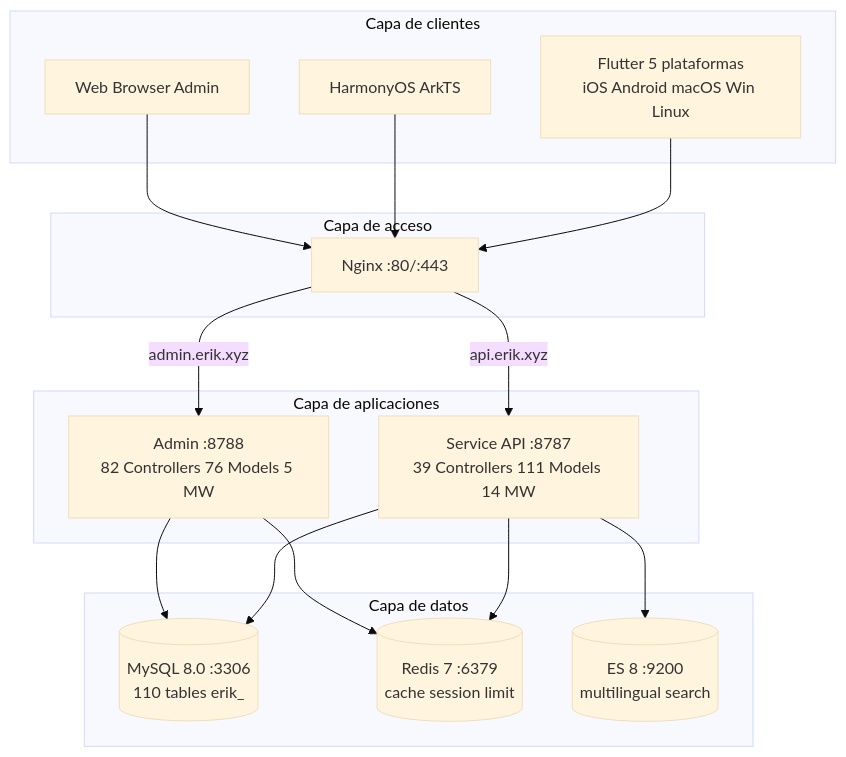
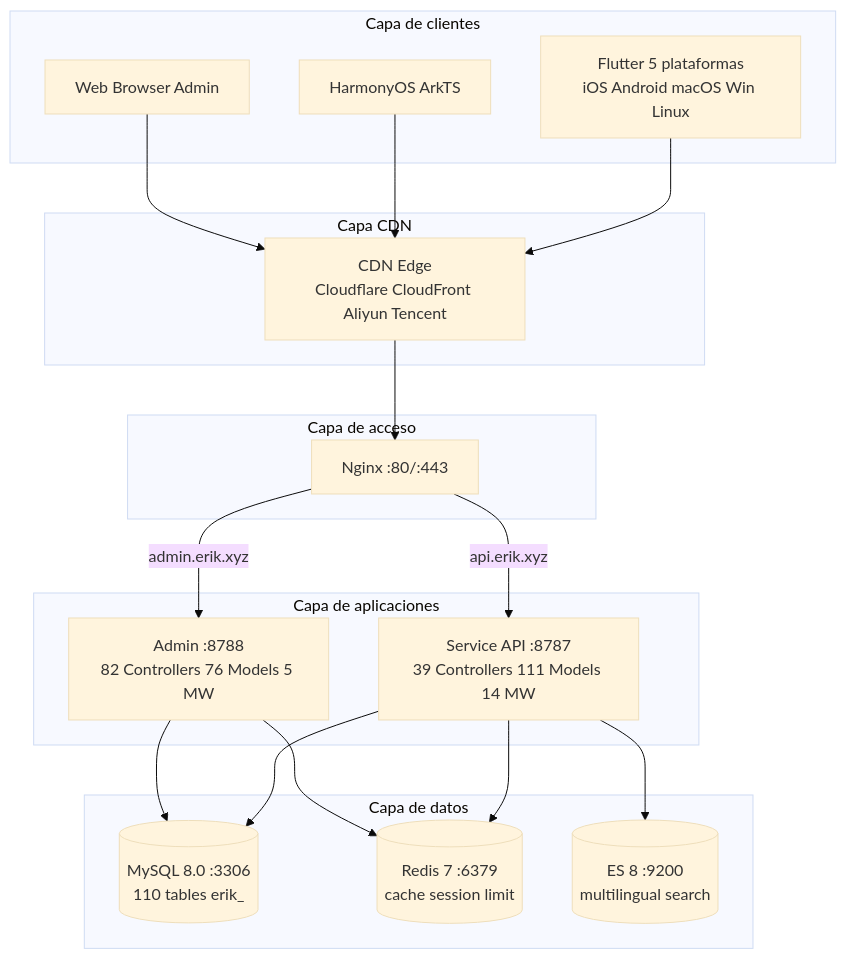
One commit to erikwang2013/erik-shop changed the first of 6 diagrams in docs/i18n/es/architecture-full.md. Above: the diagram before and after it, drawn with Mermaid (base theme). The commit also changed other lines of this file and 191 other files, not shown here.

First line of the commit message:
v1.2.0：CDN 内容分发接入（Origin-Pull 回源 + 四大云厂商适配 + 管理端配置/刷新/日志 + 上传持久化 + 全文档与12语言i18n同步 + Crypto 捐赠图文入库）

````diff
--- a/docs/i18n/es/architecture-full.md
+++ b/docs/i18n/es/architecture-full.md
@@ -38,30 +38,34 @@
 ```mermaid
 graph TD
     subgraph Clients[Capa de clientes]
         F[Flutter 5 plataformas<br/>iOS Android macOS Win Linux]
         H[HarmonyOS ArkTS]
         W[Web Browser Admin]
+    end
+    subgraph Cdn[Capa CDN]
+        C[CDN Edge<br/>Cloudflare CloudFront Aliyun Tencent]
     end
     subgraph Gateway[Capa de acceso]
         N[Nginx :80/:443]
     end
     subgraph Apps[Capa de aplicaciones]
         S[Service API :8787<br/>39 Controllers 111 Models 14 MW]
         A[Admin :8788<br/>82 Controllers 76 Models 5 MW]
     end
     subgraph Data[Capa de datos]
         M[(MySQL 8.0 :3306<br/>110 tables erik_)]
         R[(Redis 7 :6379<br/>cache session limit)]
         E[(ES 8 :9200<br/>multilingual search)]
     end
-    F --> N
-    H --> N
-    W --> N
+    F --> C
+    H --> C
+    W --> C
+    C --> N
     N -->|api.erik.xyz| S
     N -->|admin.erik.xyz| A
     S --> M
     S --> R
     S --> E
     A --> M
     A --> R
 ```
````
